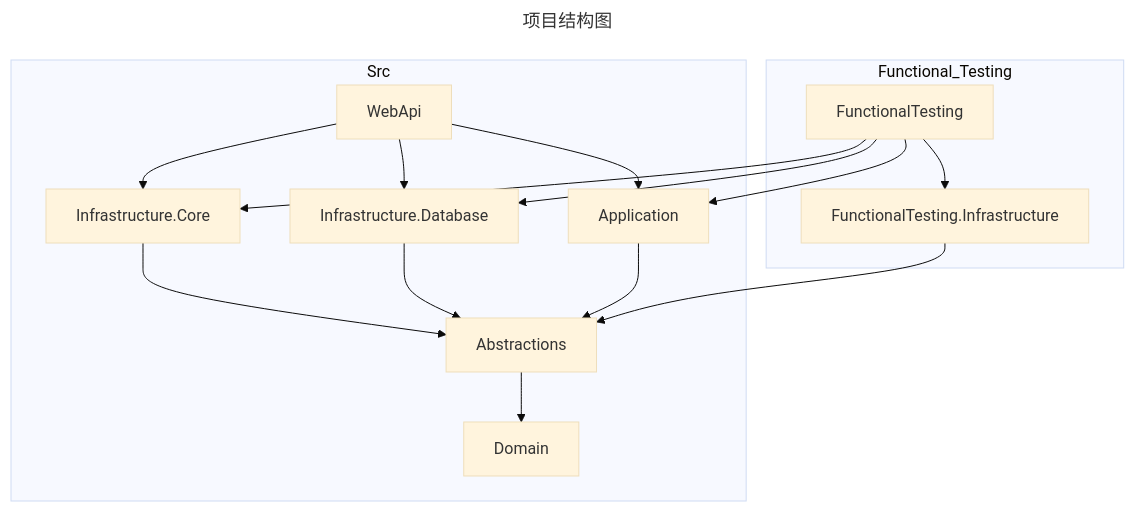
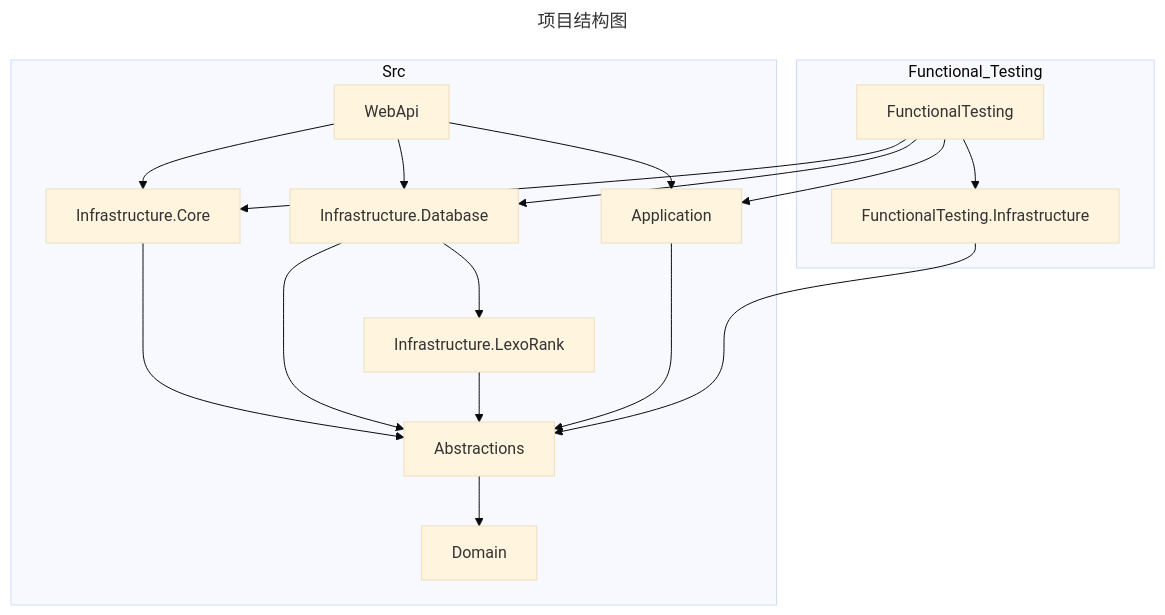
One commit to tsctsc6/MusicManagementDemo changed the first of 2 diagrams in doc/architecture.md. Above: the diagram before and after it, drawn with Mermaid (base theme). The commit also changed 1 other file, not shown here.

````diff
--- a/doc/architecture.md
+++ b/doc/architecture.md
@@ -3,23 +3,25 @@
 ```mermaid
 ---
 title: 项目结构图
 ---
 flowchart TD
     subgraph Src
     WebApi --> Infrastructure.Core
     WebApi --> Infrastructure.Database
     WebApi --> Application
     Infrastructure.Core --> Abstractions
     Infrastructure.Database --> Abstractions
     Application --> Abstractions
     Abstractions --> Domain
+    Infrastructure.Database --> Infrastructure.LexoRank
+    Infrastructure.LexoRank --> Abstractions
     end
 
     subgraph Functional_Testing
     FunctionalTesting --> Infrastructure.Core
     FunctionalTesting --> Infrastructure.Database
     FunctionalTesting --> Application
     FunctionalTesting --> FunctionalTesting.Infrastructure
     FunctionalTesting.Infrastructure --> Abstractions
     end
 ```
````
